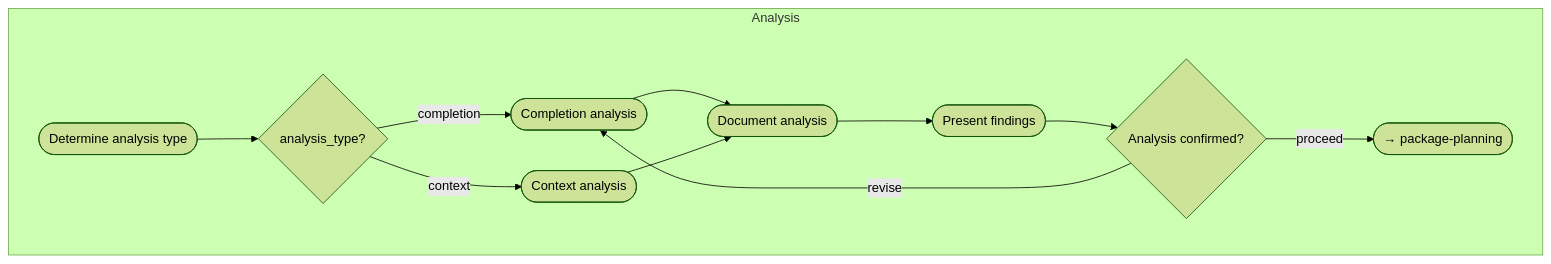
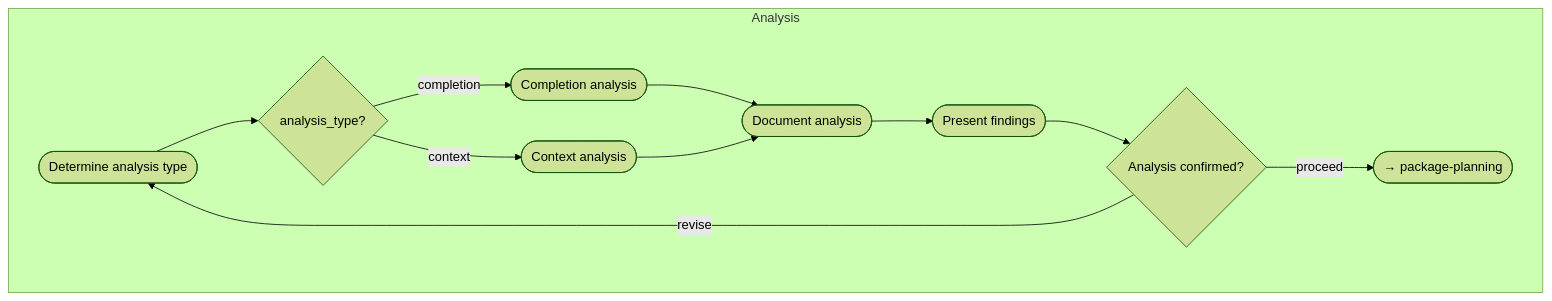
One commit to m2ux/workflow-server changed the fourth of 8 diagrams in work-packages/README.md. Above: the diagram before and after it, drawn with Mermaid (forest theme). The commit also changed other lines of this file and 16 other files, not shown here.

First line of the commit message:
docs: eliminate prose + mermaid staleness in migrated workflow READMEs

````diff
--- a/work-packages/README.md
+++ b/work-packages/README.md
@@ -119,19 +119,19 @@
 ```mermaid
 graph TD
     subgraph analysis[Analysis]
         a1([Determine analysis type])
         d1{analysis_type?}
         a2a([Completion analysis])
         a2b([Context analysis])
         a3([Document analysis])
         a4([Present findings])
         cp1{Analysis confirmed?}
         
         a1 --> d1
         d1 -->|completion| a2a --> a3
         d1 -->|context| a2b --> a3
         a3 --> a4 --> cp1
         cp1 -->|proceed| Next([→ package-planning])
-        cp1 -->|revise| a2a
+        cp1 -->|revise| a1
     end
 ```
````
